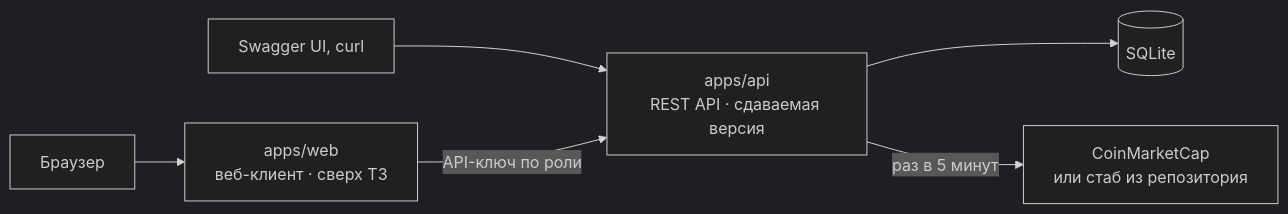
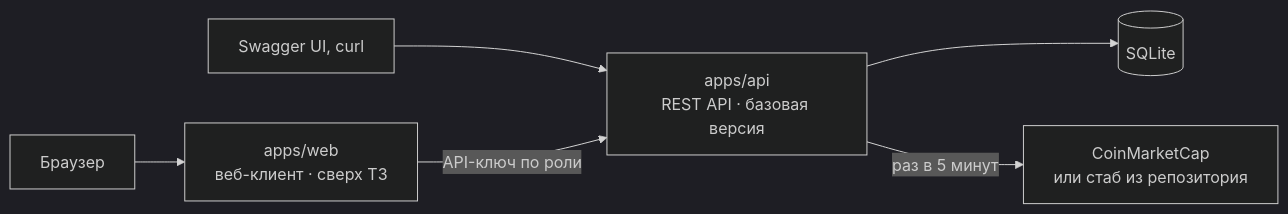
Before and after one commit to LeshBerz/crypto-price-tracker: the first of 2 diagrams in README.md, drawn with Mermaid (dark theme). The commit also changed other lines of this file and 58 other files, not shown here.

````diff
--- a/README.md
+++ b/README.md
@@ -42,8 +41,8 @@
 ```mermaid
 flowchart LR
   B[Браузер] --> W["apps/web<br/>веб-клиент · сверх ТЗ"]
   R[Swagger UI, curl] --> A
-  W -->|API-ключ по роли| A["apps/api<br/>REST API · сдаваемая версия"]
+  W -->|API-ключ по роли| A["apps/api<br/>REST API · базовая версия"]
   A --> DB[(SQLite)]
   A -->|раз в 5 минут| C[CoinMarketCap<br/>или стаб из репозитория]
 ```
````
